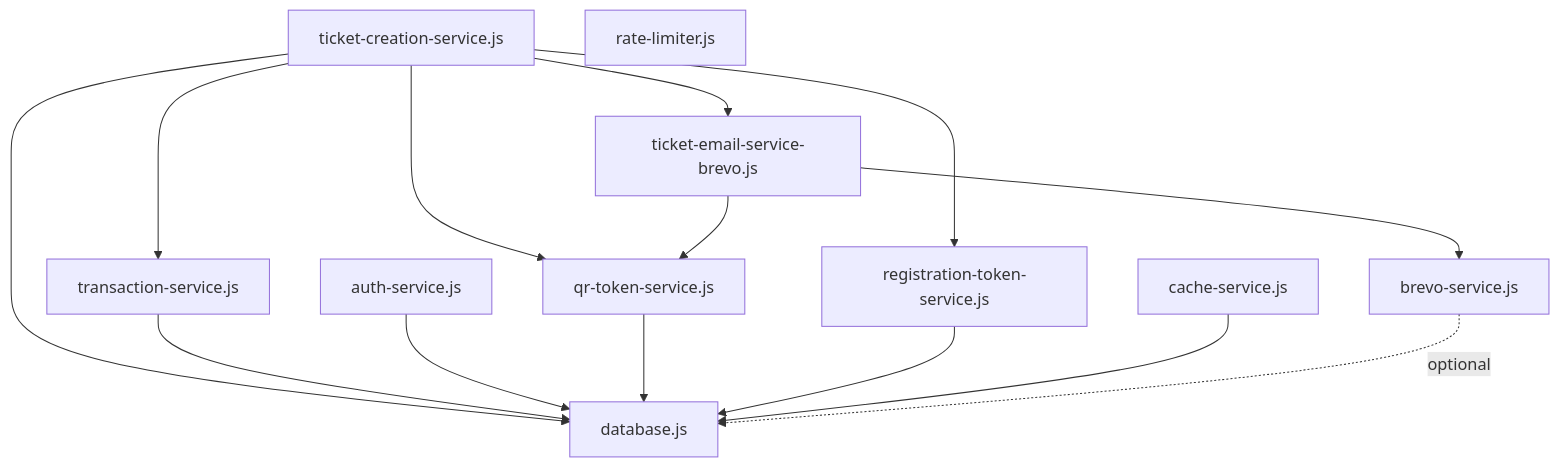
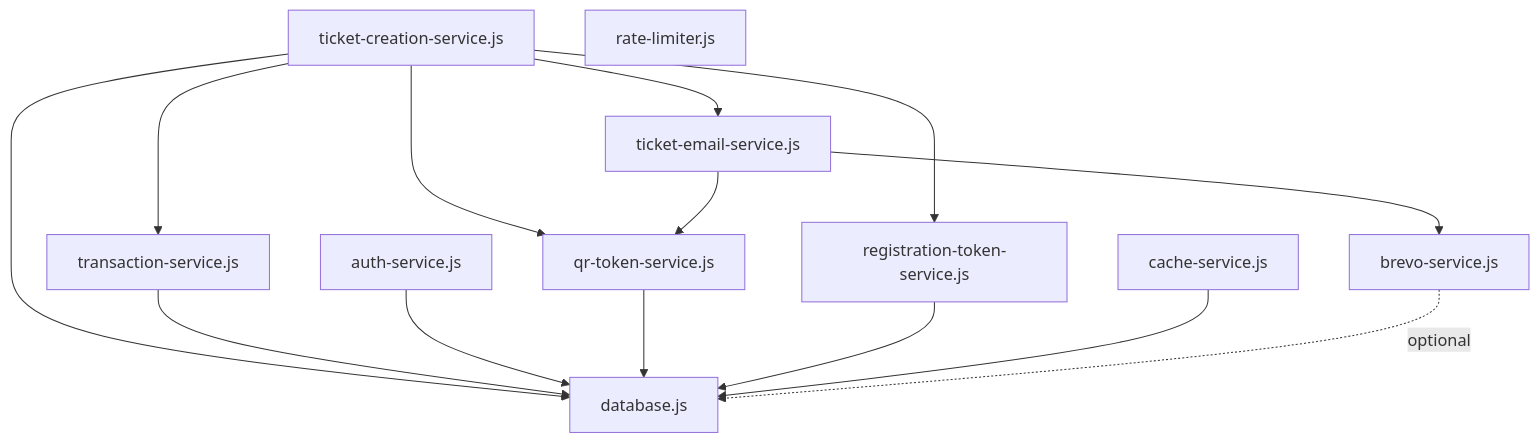
The diagram in docs/services/SERVICE_CATALOG.md (damilola-elegbede/alocubano.boulderfest), drawn with Mermaid before and after one commit. The commit also changed other lines of this file and 28 other files, not shown here.

````diff
--- a/docs/services/SERVICE_CATALOG.md
+++ b/docs/services/SERVICE_CATALOG.md
@@ -2500,34 +2503,34 @@
 ```mermaid
 graph TD
   database[database.js]
   transaction[transaction-service.js]
   ticketCreation[ticket-creation-service.js]
   brevo[brevo-service.js]
-  ticketEmail[ticket-email-service-brevo.js]
+  ticketEmail[ticket-email-service.js]
   auth[auth-service.js]
   qrToken[qr-token-service.js]
   regToken[registration-token-service.js]
   cache[cache-service.js]
   rateLimiter[rate-limiter.js]
 
   ticketCreation --> database
   ticketCreation --> transaction
   ticketCreation --> ticketEmail
   ticketCreation --> regToken
   ticketCreation --> qrToken
 
   transaction --> database
 
   ticketEmail --> brevo
   ticketEmail --> qrToken
 
   auth --> database
 
   qrToken --> database
 
   regToken --> database
 
   cache --> database
 
   brevo -.optional.-> database
 ```
````
